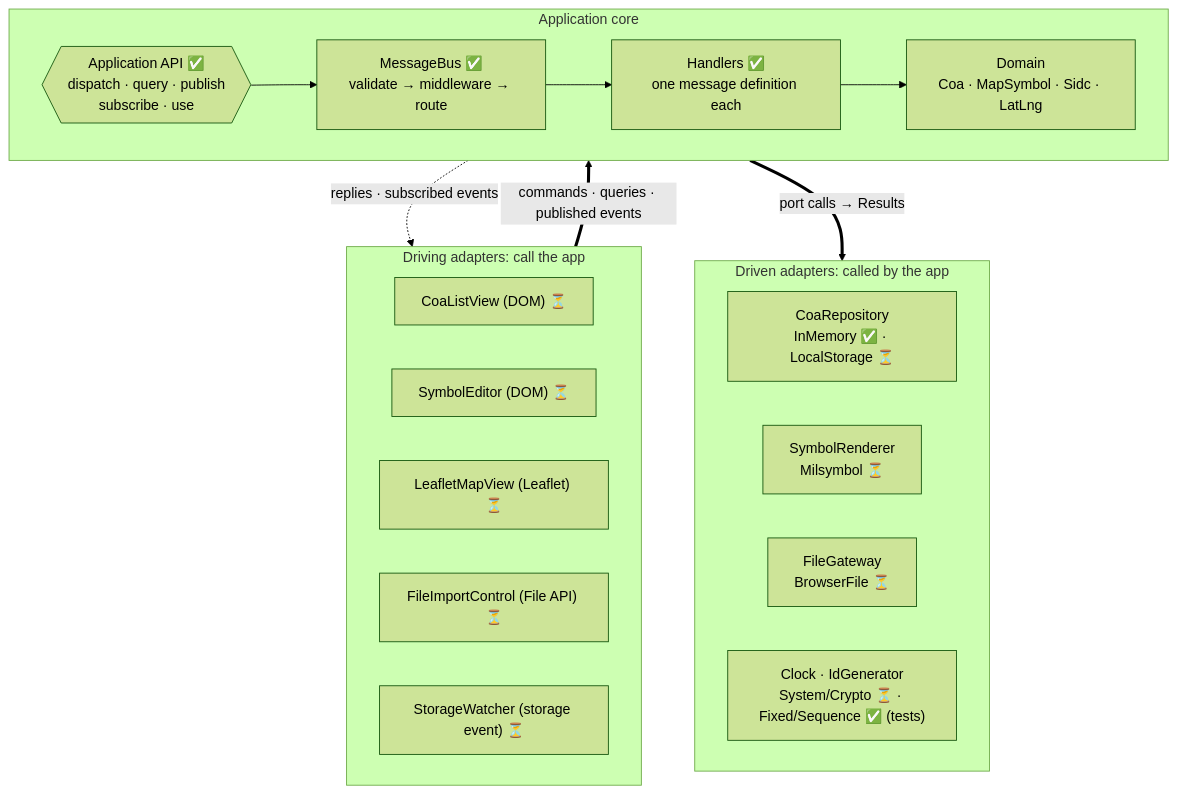
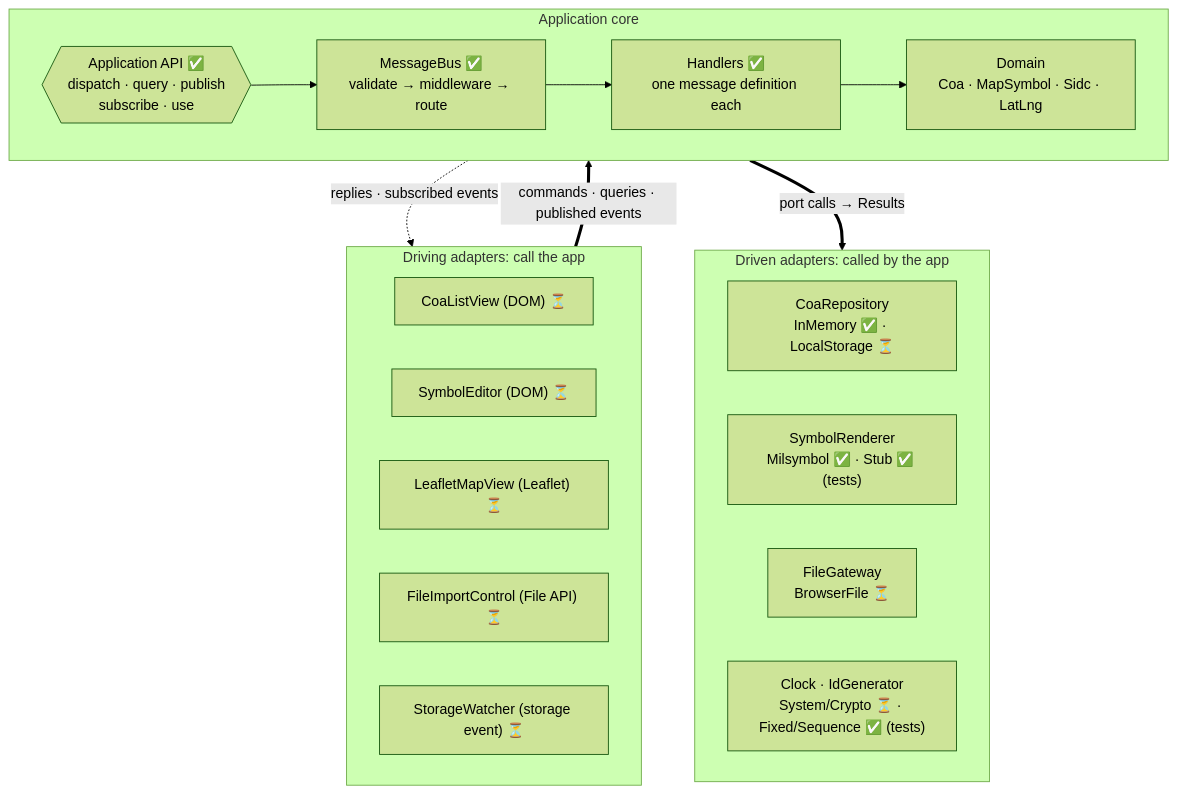
Before and after one commit to kentongoldthorpe/sidc: the first of 9 diagrams in docs/ARCHITECTURE.md, drawn with Mermaid (forest theme). The commit also changed other lines of this file and 16 other files, not shown here.

First line of the commit message:
COA-1.11: symbol.preview, SymbolRenderer port and milsymbol adapter

````diff
--- a/docs/ARCHITECTURE.md
+++ b/docs/ARCHITECTURE.md
@@ -16,32 +16,32 @@
 ```mermaid
 flowchart TB
   subgraph driving["Driving adapters: call the app"]
     direction LR
     LIST["CoaListView (DOM) ⏳"]
     EDITOR["SymbolEditor (DOM) ⏳"]
     MAP["LeafletMapView (Leaflet) ⏳"]
     IMPORT["FileImportControl (File API) ⏳"]
     WATCH["StorageWatcher (storage event) ⏳"]
   end
 
   subgraph core["Application core"]
     direction LR
     API{{"Application API ✅<br/>dispatch · query · publish<br/>subscribe · use"}}
     BUS["MessageBus ✅<br/>validate → middleware → route"]
     HANDLERS["Handlers ✅<br/>one message definition each"]
     DOMAIN["Domain<br/>Coa · MapSymbol · Sidc · LatLng"]
     API --> BUS --> HANDLERS --> DOMAIN
   end
 
   subgraph driven["Driven adapters: called by the app"]
     direction LR
     REPO["CoaRepository<br/>InMemory ✅ · LocalStorage ⏳"]
-    RENDER["SymbolRenderer<br/>Milsymbol ⏳"]
+    RENDER["SymbolRenderer<br/>Milsymbol ✅ · Stub ✅ (tests)"]
     FILES["FileGateway<br/>BrowserFile ⏳"]
     SYS["Clock · IdGenerator<br/>System/Crypto ⏳ · Fixed/Sequence ✅ (tests)"]
   end
 
   driving == "commands · queries · published events" ==> API
   API -. "replies · subscribed events" .-> driving
   HANDLERS == "port calls → Results" ==> driven
 ```
````
